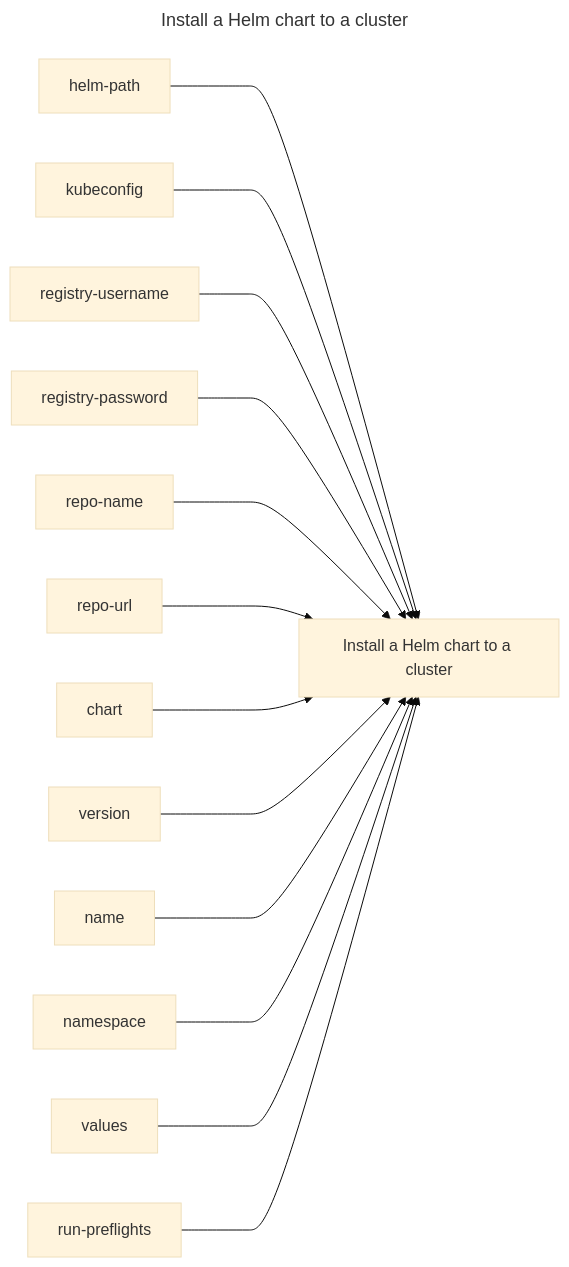
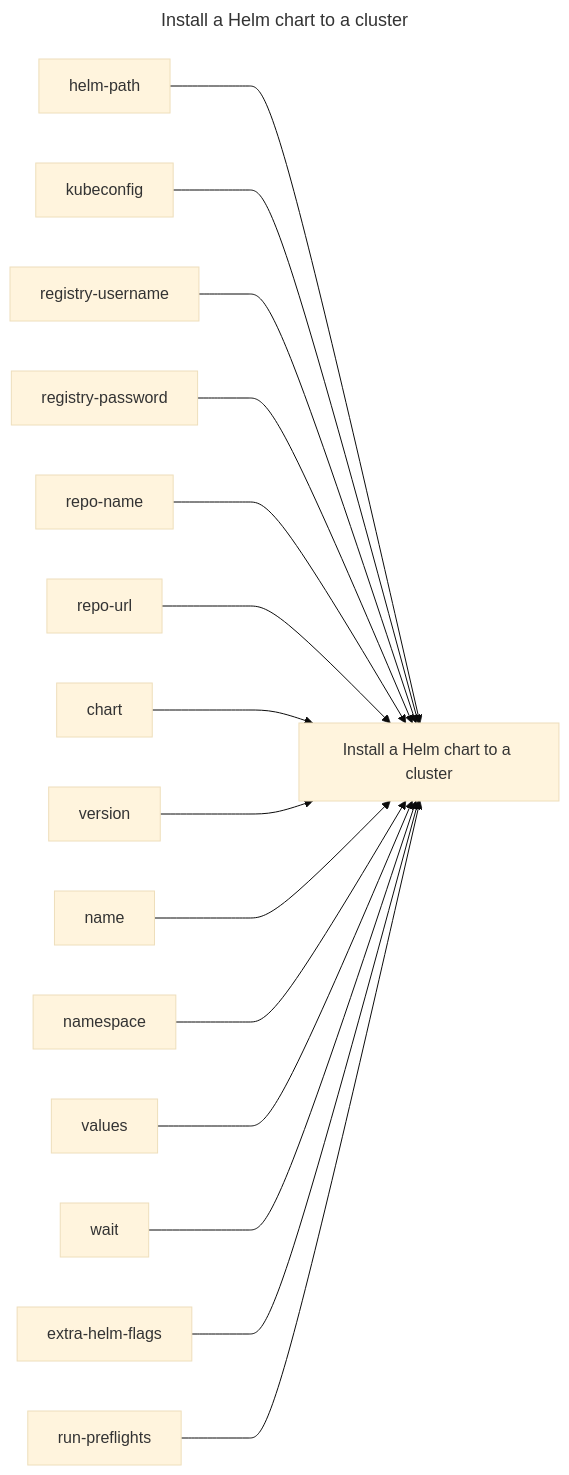
One commit to replicatedhq/replicated-actions changed the diagram in helm-install/README.md. Above: the diagram before and after it, drawn with Mermaid (base theme). The commit also changed other lines of this file and 43 other files, not shown here.

First line of the commit message:
feat: add --wait and extra-helm-flags inputs to helm-install action (#106)

````diff
--- a/helm-install/README.md
+++ b/helm-install/README.md
@@ -3,31 +3,35 @@
 ```mermaid
 ---
 title: Install a Helm chart to a cluster
 ---
 graph LR
 install_a_helm_chart_to_a_cluster["Install a Helm chart to a cluster"]
 helm_path["helm-path"]
 kubeconfig["kubeconfig"]
 registry_username["registry-username"]
 registry_password["registry-password"]
 repo_name["repo-name"]
 repo_url["repo-url"]
 chart["chart"]
 version["version"]
 name["name"]
 namespace["namespace"]
 values["values"]
+wait["wait"]
+extra_helm_flags["extra-helm-flags"]
 run_preflights["run-preflights"]
 helm_path ---> install_a_helm_chart_to_a_cluster
 kubeconfig ---> install_a_helm_chart_to_a_cluster
 registry_username ---> install_a_helm_chart_to_a_cluster
 registry_password ---> install_a_helm_chart_to_a_cluster
 repo_name ---> install_a_helm_chart_to_a_cluster
 repo_url ---> install_a_helm_chart_to_a_cluster
 chart ---> install_a_helm_chart_to_a_cluster
 version ---> install_a_helm_chart_to_a_cluster
 name ---> install_a_helm_chart_to_a_cluster
 namespace ---> install_a_helm_chart_to_a_cluster
 values ---> install_a_helm_chart_to_a_cluster
+wait ---> install_a_helm_chart_to_a_cluster
+extra_helm_flags ---> install_a_helm_chart_to_a_cluster
 run_preflights ---> install_a_helm_chart_to_a_cluster
 ```
````
